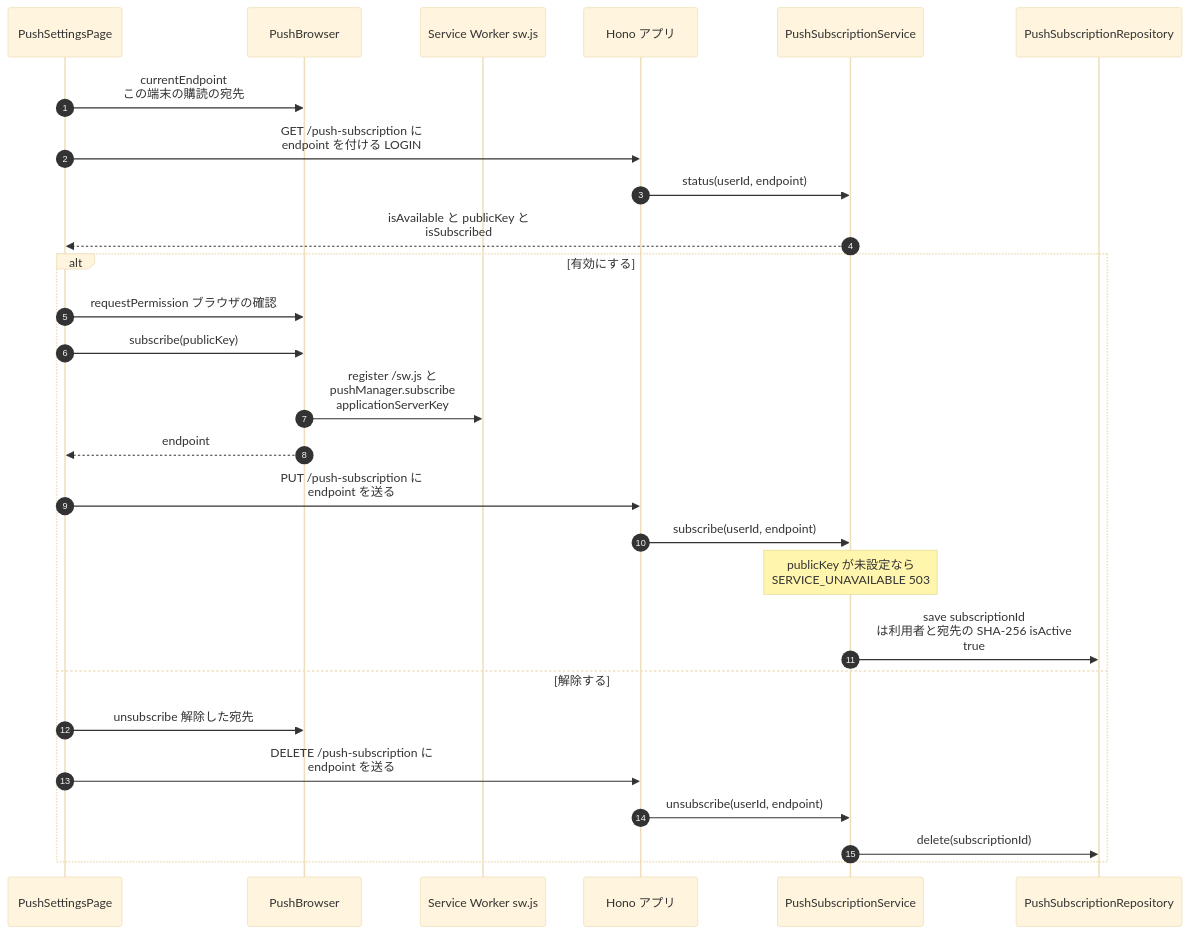
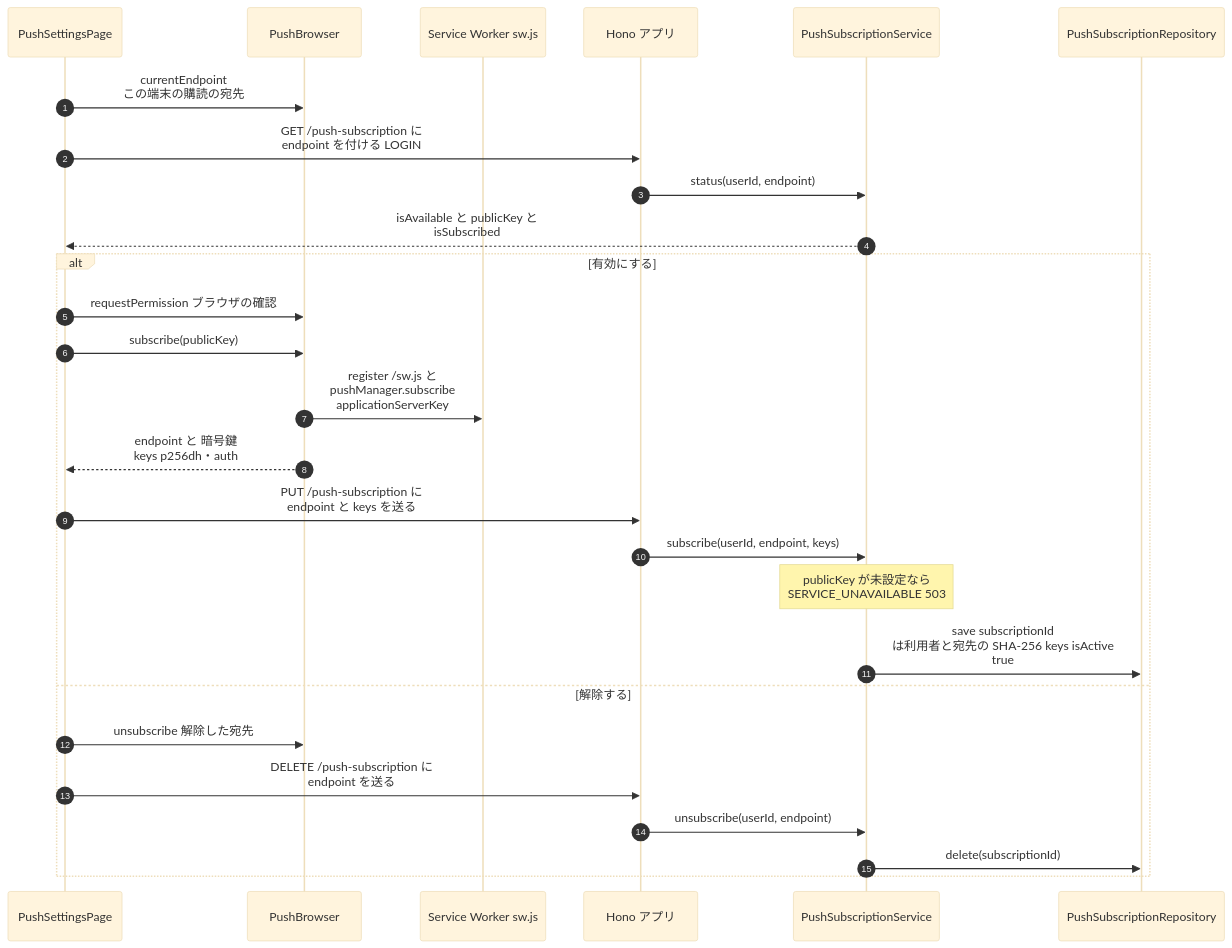
Before and after one commit to NS-APU/smart-farm-monitoring: diagram 25 of 46 in docs/10_design/architecture/as-built.md, drawn with Mermaid (base theme). The commit also changed other lines of this file and 11 other files, not shown here.

````diff
--- a/docs/10_design/architecture/as-built.md
+++ b/docs/10_design/architecture/as-built.md
@@ -1675,30 +1716,30 @@
 ```mermaid
 sequenceDiagram
   autonumber
   participant PG as PushSettingsPage
   participant PB as PushBrowser
   participant SW as Service Worker sw.js
   participant APP as Hono アプリ
   participant PS as PushSubscriptionService
   participant PR as PushSubscriptionRepository
 
   PG->>PB: currentEndpoint<br>この端末の購読の宛先
   PG->>APP: GET /push-subscription に<br>endpoint を付ける LOGIN
   APP->>PS: status(userId, endpoint)
   PS-->>PG: isAvailable と publicKey と<br>isSubscribed
   alt 有効にする
     PG->>PB: requestPermission ブラウザの確認
     PG->>PB: subscribe(publicKey)
     PB->>SW: register /sw.js と<br>pushManager.subscribe<br>applicationServerKey
-    PB-->>PG: endpoint
-    PG->>APP: PUT /push-subscription に<br>endpoint を送る
-    APP->>PS: subscribe(userId, endpoint)
+    PB-->>PG: endpoint と 暗号鍵<br>keys p256dh・auth
+    PG->>APP: PUT /push-subscription に<br>endpoint と keys を送る
+    APP->>PS: subscribe(userId, endpoint, keys)
     Note over PS: publicKey が未設定なら<br>SERVICE_UNAVAILABLE 503
-    PS->>PR: save subscriptionId<br>は利用者と宛先の SHA-256 isActive<br>true
+    PS->>PR: save subscriptionId<br>は利用者と宛先の SHA-256 keys isActive<br>true
   else 解除する
     PG->>PB: unsubscribe 解除した宛先
     PG->>APP: DELETE /push-subscription に<br>endpoint を送る
     APP->>PS: unsubscribe(userId, endpoint)
     PS->>PR: delete(subscriptionId)
   end
 ```
````
